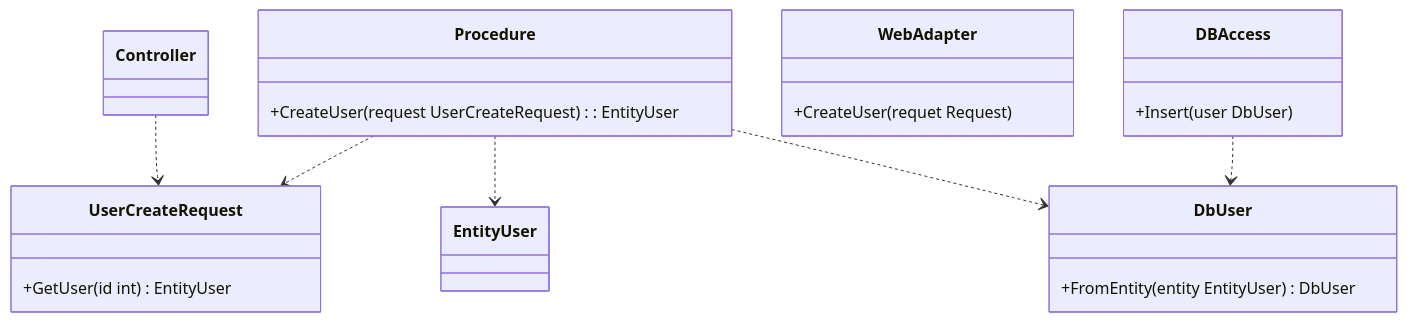
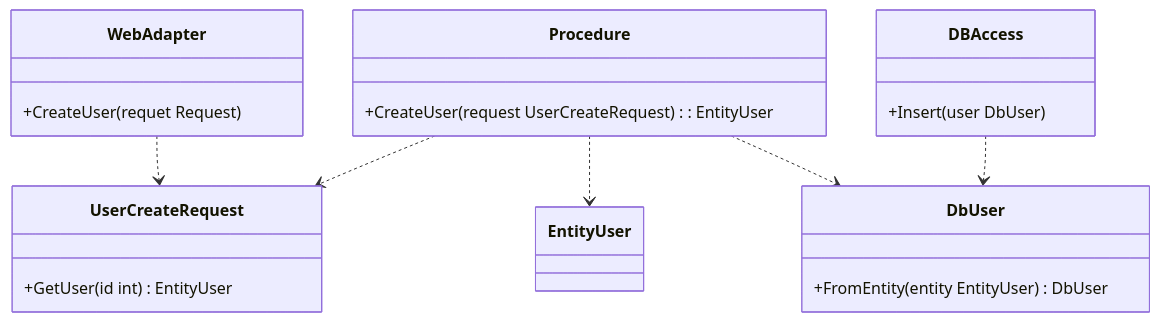
The third of 3 diagrams in articles/extend_data_transfer_object.md (motojouya/zenn), drawn with Mermaid before and after one commit. The commit also changed other lines of this file, not shown here.

Commit message:
class diagram and images

````diff
--- a/articles/extend_data_transfer_object.md
+++ b/articles/extend_data_transfer_object.md
@@ -507,26 +507,26 @@
 ```mermaid
 classDiagram
     class Procedure{
         +CreateUser(request UserCreateRequest): EntityUser
     }
     class DBAccess{
         +Insert(user DbUser)
     }
     class WebAdapter{
         +CreateUser(requet Request)
     }
 
-    class EntityUser{}
+    class EntityUser
     class DbUser{
         +FromEntity(entity EntityUser) DbUser
     }
     class UserCreateRequest{
         +GetUser(id int) EntityUser
     }
 
     Procedure ..> UserCreateRequest
     Procedure ..> EntityUser
     Procedure ..> DbUser
-    Controller ..> UserCreateRequest
+    WebAdapter ..> UserCreateRequest
     DBAccess ..> DbUser
 ```
````
